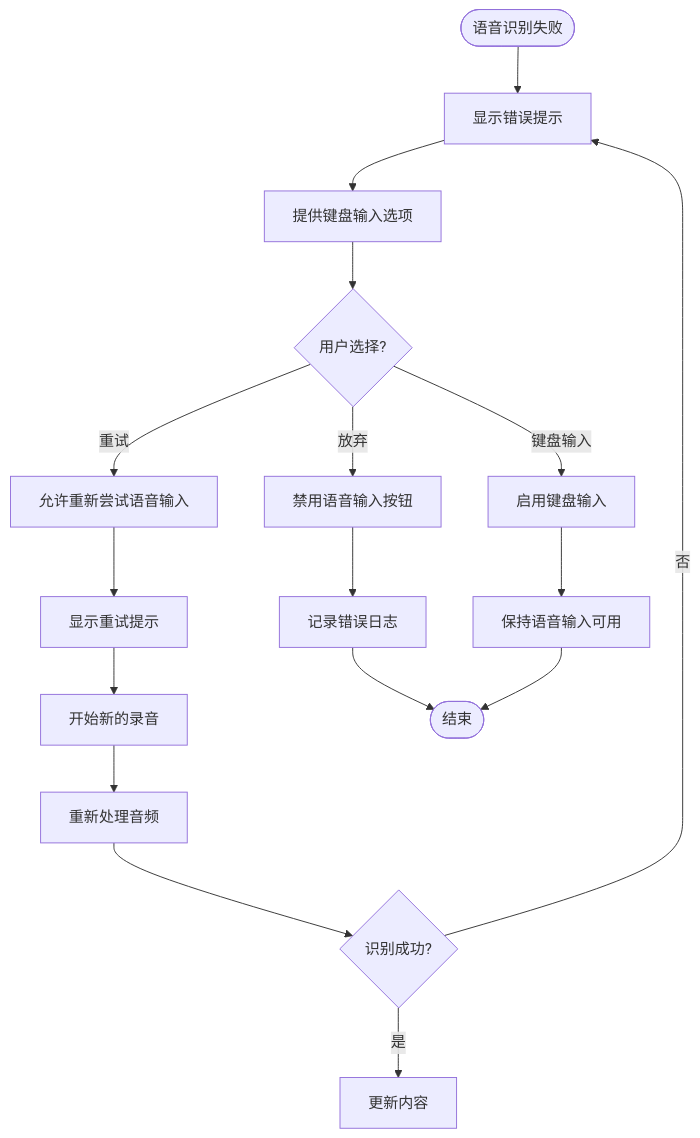
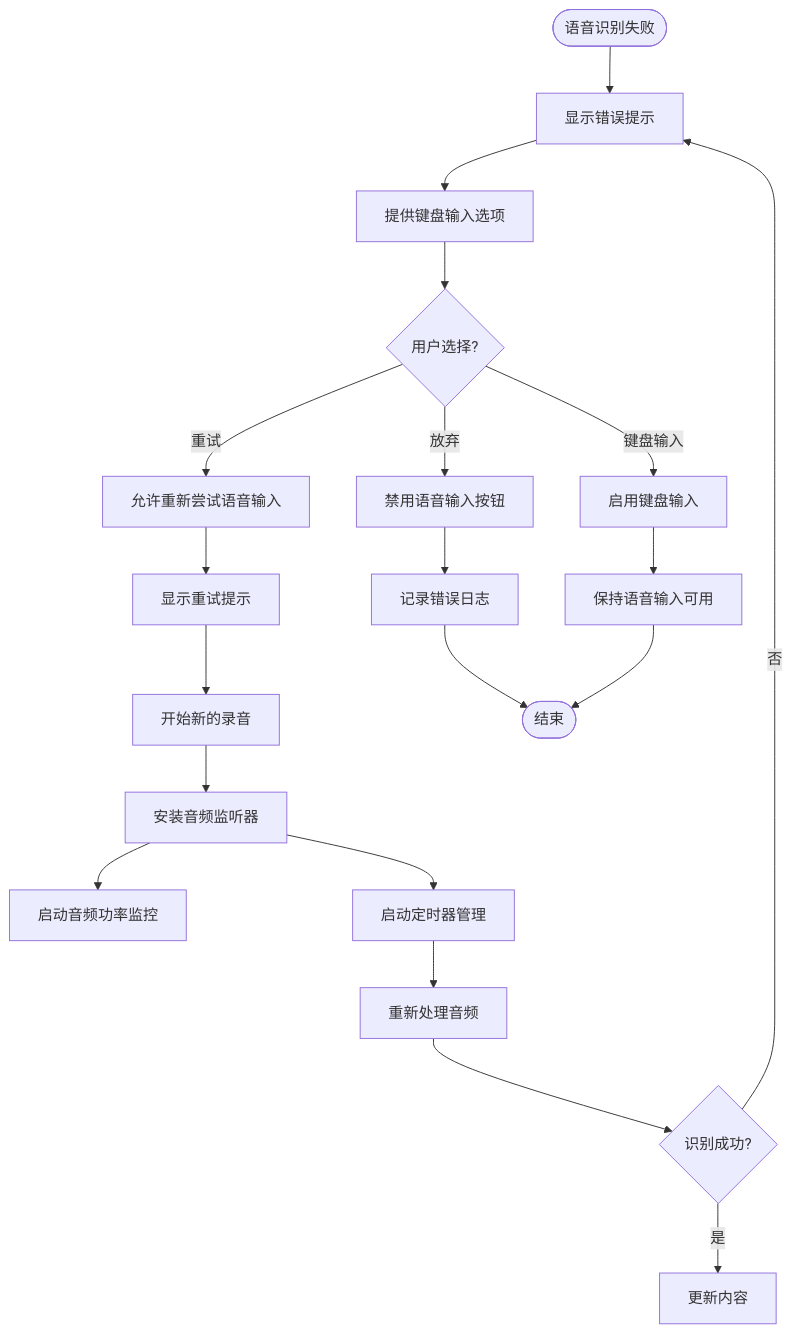
The sixth of 9 diagrams in .qoder/repowiki/zh/content/开发指南/编码规范与最佳实践/无障碍开发规范/语音输入集成.md (Jayden23018/blind-run-ios), drawn with Mermaid before and after one commit. The commit also changed other lines of this file and 15 other files, not shown here.

````diff
--- a/.qoder/repowiki/zh/content/开发指南/编码规范与最佳实践/无障碍开发规范/语音输入集成.md
+++ b/.qoder/repowiki/zh/content/开发指南/编码规范与最佳实践/无障碍开发规范/语音输入集成.md
@@ -271,19 +330,22 @@
 ```mermaid
 flowchart TD
 SpeechFailure([语音识别失败]) --> ShowError["显示错误提示"]
 ShowError --> ProvideKeyboard["提供键盘输入选项"]
 ProvideKeyboard --> UserChoice{"用户选择?"}
 UserChoice --> |键盘输入| KeyboardInput["启用键盘输入"]
 UserChoice --> |重试| RetrySpeech["允许重新尝试语音输入"]
 UserChoice --> |放弃| DisableSpeech["禁用语音输入按钮"]
 RetrySpeech --> ShowRetryPrompt["显示重试提示"]
 ShowRetryPrompt --> StartNewRecording["开始新的录音"]
-StartNewRecording --> ProcessAudio["重新处理音频"]
+StartNewRecording --> InstallTap["安装音频监听器"]
+InstallTap --> PowerMonitoring["启动音频功率监控"]
+InstallTap --> StartTimers["启动定时器管理"]
+StartTimers --> ProcessAudio["重新处理音频"]
 ProcessAudio --> Success{"识别成功?"}
 Success --> |是| UpdateContent["更新内容"]
 Success --> |否| ShowError
 KeyboardInput --> EnableSpeech["保持语音输入可用"]
 DisableSpeech --> LogError["记录错误日志"]
 LogError --> End([结束])
 EnableSpeech --> End
 ```
````
